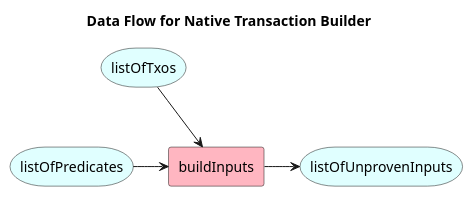
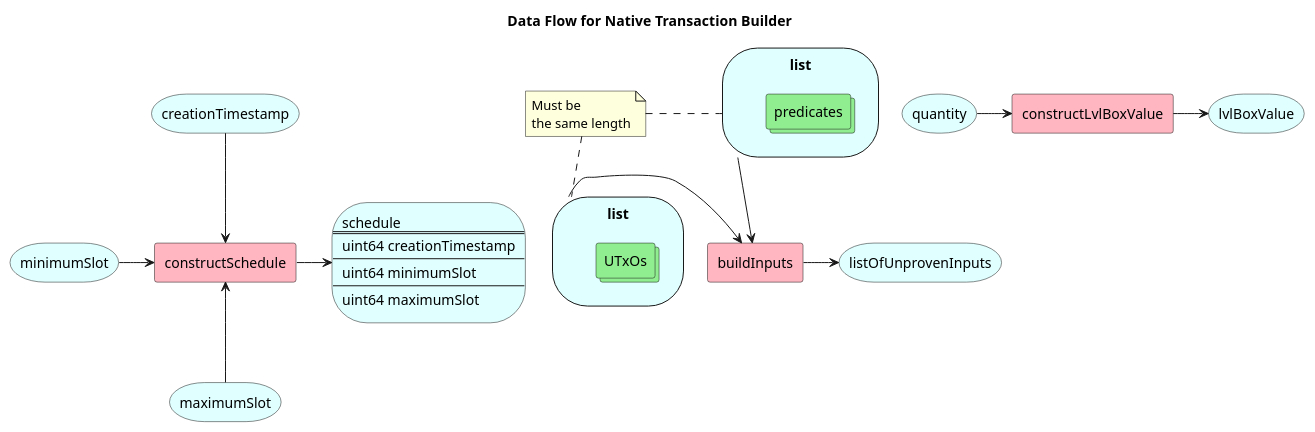
Before and after one commit to Topl/BramblSc-docs: the diagram in docs/Modules/NativeTransactor/transaction_builder.puml, drawn with PlantUML.

Commit message:
containers

```diff
--- a/docs/Modules/NativeTransactor/transaction_builder.puml
+++ b/docs/Modules/NativeTransactor/transaction_builder.puml
@@ -1,19 +1,52 @@
 @startuml
 title Data Flow for Native Transaction Builder
 skinparam rectangle {
   BackgroundColor LightPink
 }
 skinparam storage {
   BackgroundColor LightCyan
 }
-storage listOfTxos
-storage listOfPredicates
+skinparam collections {
+  BackgroundColor LightGreen
+}
+storage list as list_of_UTxOs {
+  collections UTxOs
+}
+storage list as list_of_predicates {
+  collections predicates
+}
 rectangle buildInputs
 storage listOfUnprovenInputs
+storage creationTimestamp
+storage minimumSlot
+storage maximumSlot
+storage schedule [
+schedule
+==
+uint64 creationTimestamp
+--
+uint64 minimumSlot
+--
+uint64 maximumSlot
+]
+rectangle constructSchedule
+storage quantity
+rectangle constructLvlBoxValue
+storage lvlBoxValue
 
-listOfTxos -> buildInputs
-listOfPredicates -> buildInputs
+creationTimestamp --> constructSchedule
+minimumSlot -> constructSchedule
+constructSchedule <-- maximumSlot
+constructSchedule -> schedule
+
+list_of_predicates --> buildInputs
+list_of_UTxOs -> buildInputs
 buildInputs -> listOfUnprovenInputs
 
-listOfTxos -[hidden]- listOfPredicates
+quantity -> constructLvlBoxValue
+constructLvlBoxValue -> lvlBoxValue
+
+note "Must be \nthe same length" as N1
+N1 . list_of_predicates
+N1 .. list_of_UTxOs
 @enduml
```
